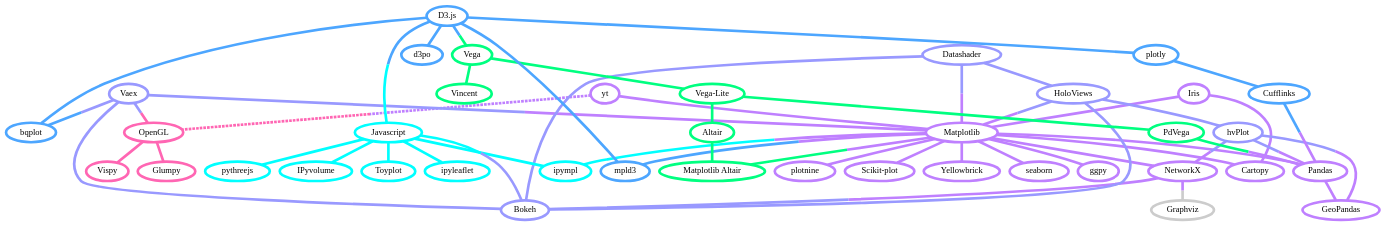
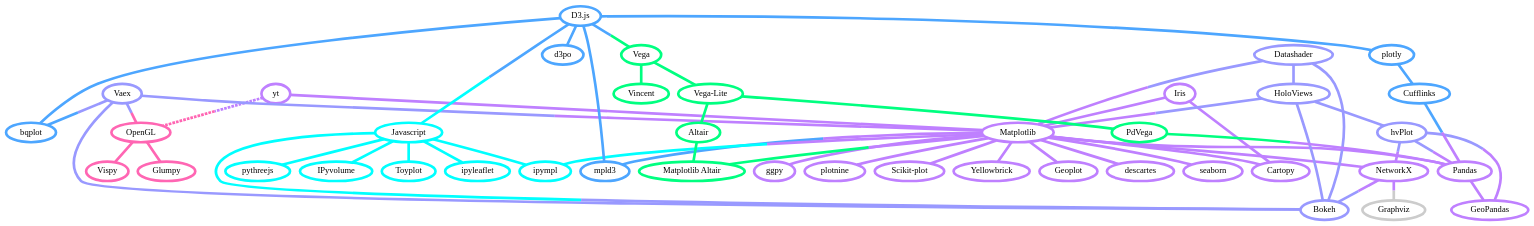
Before and after one commit to veit/jupyter-tutorial: the diagram in docs/viz/overview.rst, drawn with Graphviz. The commit also changed other lines of this file and 3 other files, not shown here.

```diff
--- a/docs/viz/overview.rst
+++ b/docs/viz/overview.rst
@@ -8,7 +8,8 @@
    :layout: neato
 
     graph python_visualisation_landscape {
-        graph [fontname = "Calibri", fontsize="16", overlap=false];
+        
+    graph [fontname = "Calibri", fontsize="16", overlap=false];
         node [fontname = "Calibri", fontsize="16", style="bold", penwidth="5px"];
         edge [fontname = "Calibri", fontsize="16", style="bold", penwidth="5px"];
         tooltip="Python Visualisation Landscape";
@@ -54,6 +55,18 @@
             color="#BF80FF",
             target="_top",
             href="../viz/matplotlib/geopandas/index.html"]
+        geoplot [
+            label="Geoplot",
+            tooltip="High-level-Bibliothek zum Plotten von Geodaten",
+            color="#BF80FF",
+            target="_top",
+            href="https://residentmario.github.io/geoplot/index.html"]
+        descartes [
+            label="descartes",
+            tooltip="Shapely- und GeoJSON-ähnliche Objekte als Matplotlib-Pfade",
+            color="#BF80FF",
+            target="_top",
+            href="https://pypi.org/project/descartes"]
         seaborn [
             label="seaborn",
             tooltip="High-level-Datenvisualisierung\nbasierend auf Matplotlib",
@@ -116,6 +129,8 @@
             href="../viz/matplotlib/yt.html"]
         mpl -- pandas [color="#BF80FF"]
         pandas  -- geopandas [color="#BF80FF"]
+        mpl -- geoplot [color="#BF80FF"]
+        mpl -- descartes [color="#BF80FF"]
         mpl -- seaborn [color="#BF80FF"]
         mpl -- ggpy [color="#BF80FF"]
         mpl -- plotnine [color="#BF80FF"]
```
